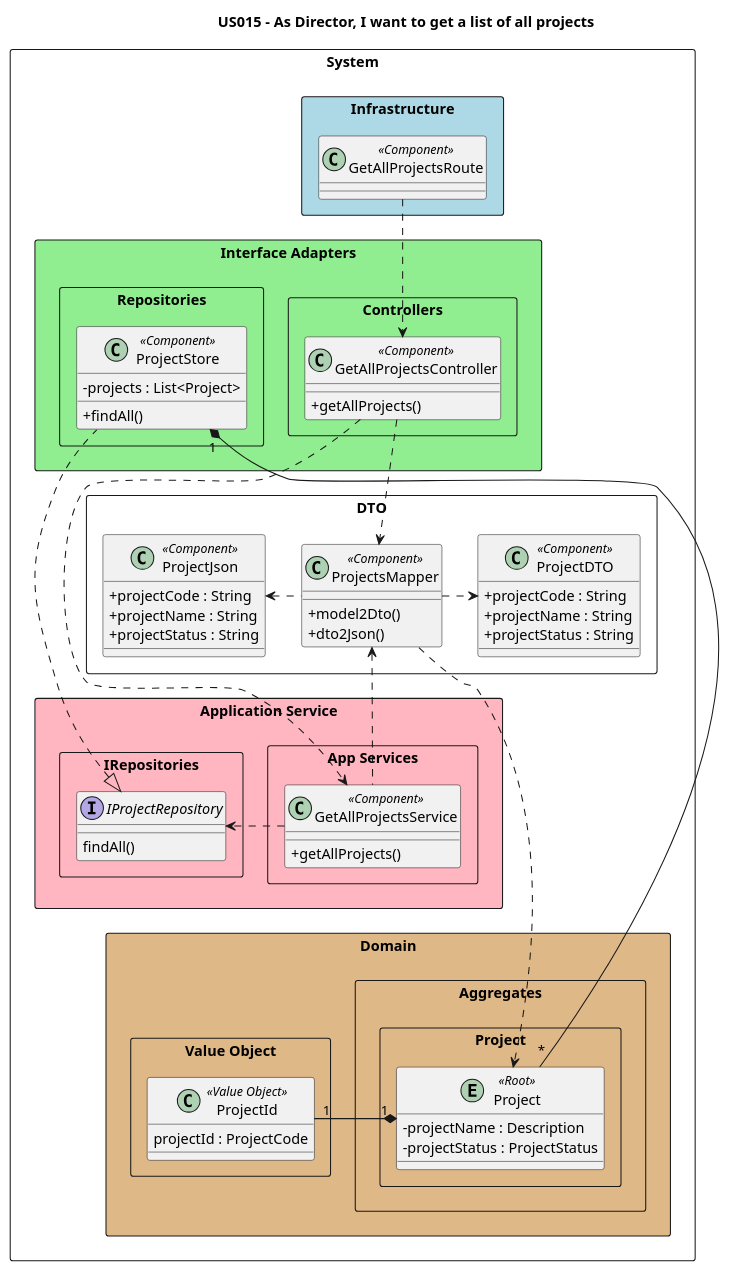
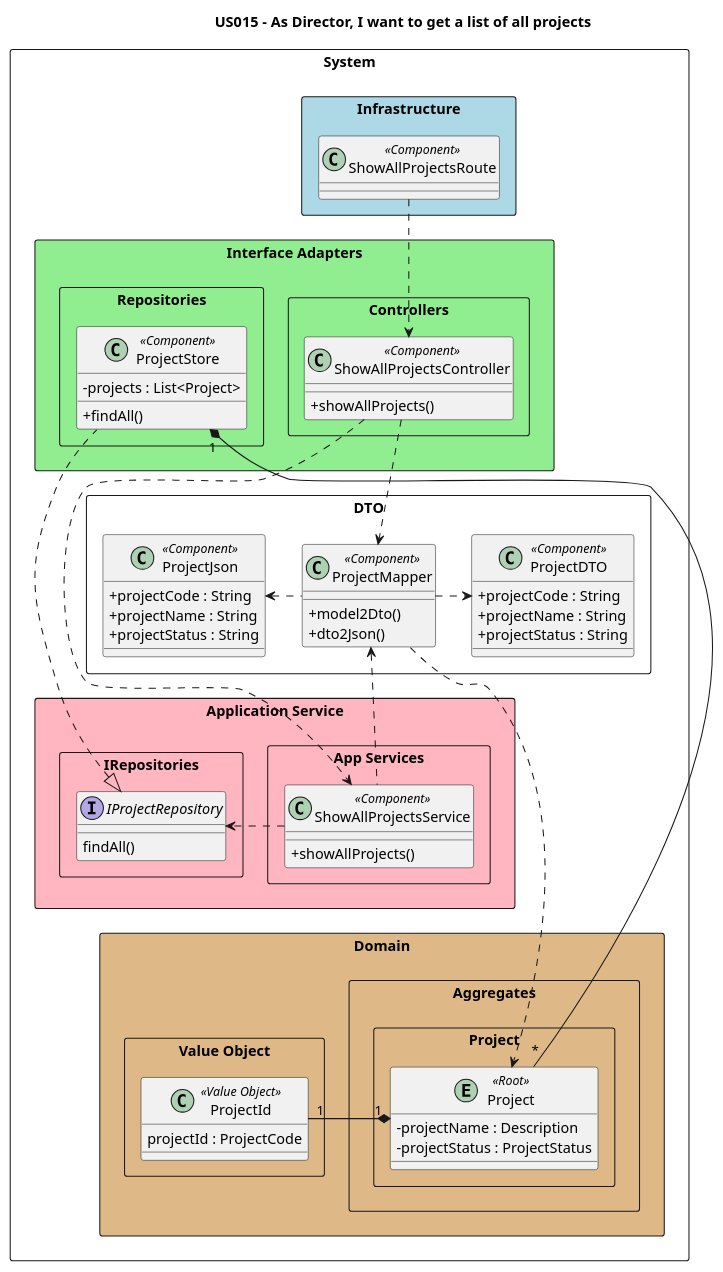
One commit to nunogon1211787/projectManagement changed the diagram in docs/Sprint2/US015/US015-CD.puml. Above: the diagram before and after it, drawn with PlantUML. The commit also changed 164 other files, not shown here.

Commit message:
US015: Implementation: redo code with new diagrams to a DDD/Onion Architecture/Restful API project. Resolve #148

```diff
--- a/docs/Sprint2/US015/US015-CD.puml
+++ b/docs/Sprint2/US015/US015-CD.puml
@@ -1,88 +1,88 @@
 @startuml
 'https://plantuml.com/class-diagram
 
 title US015 - As Director, I want to get a list of all projects
 
 skinparam classAttributeIconSize 0
 
 package "System" <<Rectangle>> {
 
 package "Infrastructure" <<Rectangle>> #lightblue  {
-class "GetAllProjectsRoute" as route << Component >>
+class "ShowAllProjectsRoute" as route << Component >>
 }
 
 package "Interface Adapters" <<Rectangle>> #lightgreen {
 package "Controllers" <<rectangle>>{
-class "GetAllProjectsController" as ctrl << Component >> {
-+getAllProjects()
+class "ShowAllProjectsController" as ctrl << Component >> {
++showAllProjects()
 }
 }
 package "Repositories" <<rectangle>>{
 class "ProjectStore" as store << Component >> {
 -projects : List<Project>
 +findAll()
 }
 }
 }
 
 package "Application Service" <<Rectangle>> #lightpink{
 package "App Services" <<rectangle>>{
-class "GetAllProjectsService" as srv << Component >> {
-+getAllProjects()
+class "ShowAllProjectsService" as srv << Component >> {
++showAllProjects()
 }
 }
 package "IRepositories" <<rectangle>>{
 interface "IProjectRepository" as repo{
 findAll()
 }
 }
 }
 
 package "Domain" <<Rectangle>> #burlywood{
 package "Aggregates" <<rectangle>>{
 package "Project" <<Rectangle>>{
 entity "Project" as proj << Root >> {
 -projectName : Description
 -projectStatus : ProjectStatus
 }
 }
 }
 package "Value Object" <<rectangle>>{
 class "ProjectId" as pId << Value Object >> {
 projectId : ProjectCode
 }
 }
 }
 
 package "DTO" <<rectangle>>{
-class "ProjectsMapper" as map <<Component>> {
+class "ProjectMapper" as map <<Component>> {
 + model2Dto()
 + dto2Json()
 }
 class "ProjectDTO" as dto <<Component>>{
 + projectCode : String
 + projectName : String
 + projectStatus : String
 }
 
 class "ProjectJson" as json <<Component>>{
 + projectCode : String
 + projectName : String
 + projectStatus : String
 }
 }
 }
 
 route .d.> ctrl
 ctrl .d..> srv
 srv .r.> repo
 repo <|.. store
 store "1"*----"*" proj
 proj "1"*-l-"1" pId
 ctrl .d.> map
 srv .u.> map
 map .r.> dto
 map .l.> json
 map ..> proj
 
 @enduml
```
